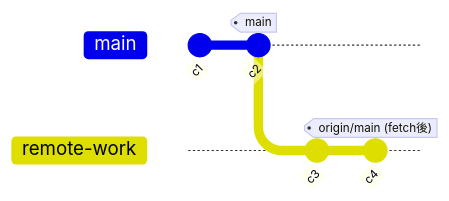
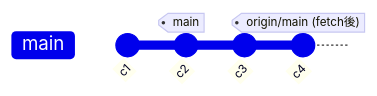
Diagram 13 of 36 in articles/git_20250824.md (suwa-sh/zenn-contents), drawn with Mermaid before and after one commit. The commit also changed other lines of this file, not shown here.

````diff
--- a/articles/git_20250824.md
+++ b/articles/git_20250824.md
@@ -320,9 +330,7 @@
-    ```mermaid
-    gitGraph
-       commit id: "c1"
-       commit id: "c2" tag: "main"
-       branch remote-work
-       checkout remote-work
-       commit id: "c3"
-       commit id: "c4" tag: "origin/main (fetch後)"
-    ```
+        ```mermaid
+        gitGraph
+            commit id: "c1"
+            commit id: "c2" tag: "main"
+            commit id: "c3"
+            commit id: "c4" tag: "origin/main (fetch後)"
+        ```
````
